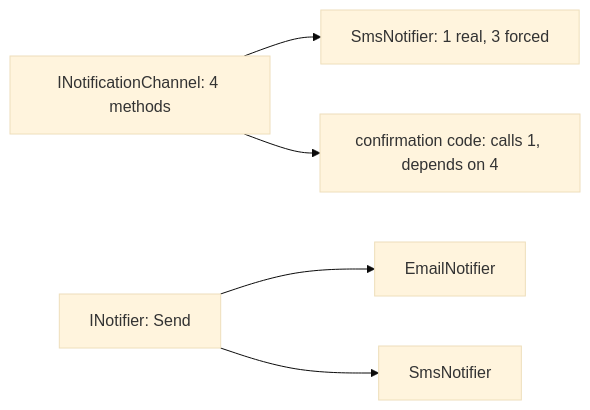
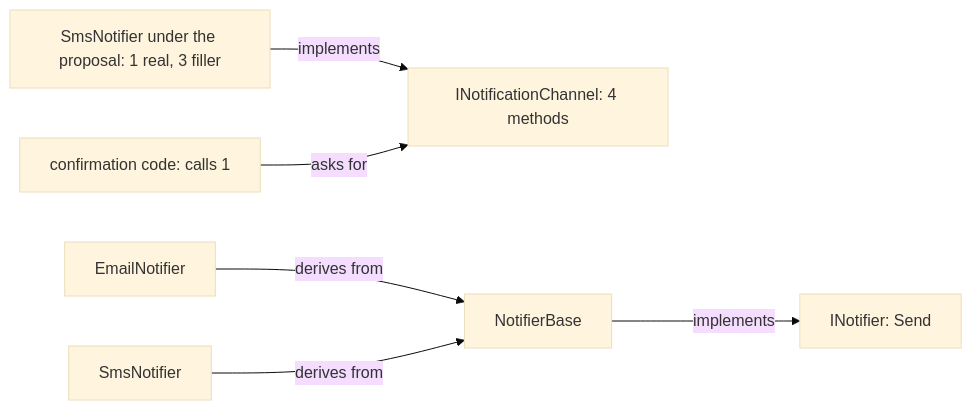
Before and after one commit to duyan11110/lo-trinh-architect: the diagram in content/tracks/design/solid/design.l1.solid-isp.en.md, drawn with Mermaid (base theme). The commit also changed other lines of this file and 3 other files, not shown here.

````diff
--- a/content/tracks/design/solid/design.l1.solid-isp.en.md
+++ b/content/tracks/design/solid/design.l1.solid-isp.en.md
@@ -39,7 +39,8 @@
 ```mermaid
 flowchart LR
-  F[INotificationChannel: 4 methods] --> S[SmsNotifier: 1 real, 3 forced]
-  F --> C[confirmation code: calls 1, depends on 4]
-  I[INotifier: Send] --> E[EmailNotifier]
-  I --> M[SmsNotifier]
+  S[SmsNotifier under the proposal: 1 real, 3 filler] -->|implements| F[INotificationChannel: 4 methods]
+  C[confirmation code: calls 1] -->|asks for| F
+  B[NotifierBase] -->|implements| I[INotifier: Send]
+  E[EmailNotifier] -->|derives from| B
+  M[SmsNotifier] -->|derives from| B
 ```
````
